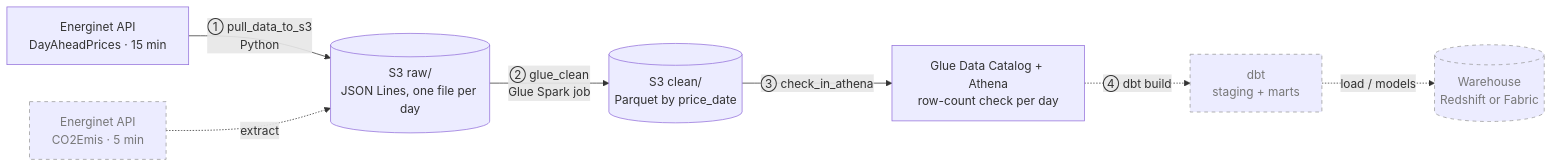
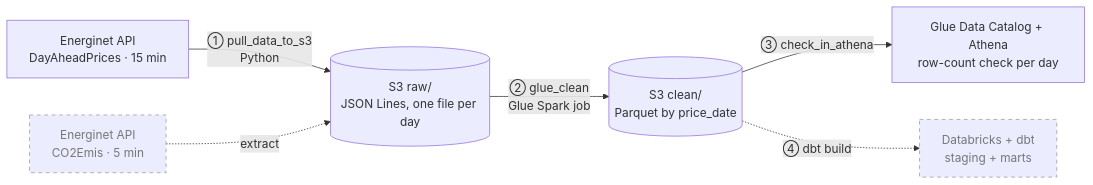
One commit to duskaan/EnergyPricesETL changed the diagram in readme.md. Above: the diagram before and after it, drawn with Mermaid. The commit also changed other lines of this file, not shown here.

Commit message:
Updated the readme file to reflect the latest changes to infra and planned next steps

````diff
--- a/readme.md
+++ b/readme.md
@@ -63,19 +40,17 @@
 ```mermaid
 flowchart LR
     api["Energinet API<br/>DayAheadPrices · 15 min"]
     co2["Energinet API<br/>CO2Emis · 5 min"]:::planned
     raw[("S3 raw/<br/>JSON Lines, one file per day")]
     clean[("S3 clean/<br/>Parquet by price_date")]
     athena["Glue Data Catalog + Athena<br/>row-count check per day"]
-    dbt["dbt<br/>staging + marts"]:::planned
-    wh[("Warehouse<br/>Redshift or Fabric")]:::planned
-
+    dbx["Databricks + dbt<br/>staging + marts"]:::planned
+ 
     api -- "① pull_data_to_s3<br/>Python" --> raw
     co2 -. "extract" .-> raw
     raw -- "② glue_clean<br/>Glue Spark job" --> clean
     clean -- "③ check_in_athena" --> athena
-    athena -. "④ dbt build" .-> dbt
-    dbt -. "load / models" .-> wh
-
+    clean -. "④ dbt build" .-> dbx
+ 
     classDef planned stroke-dasharray: 5 5,color:#777,stroke:#999
 ```
````
